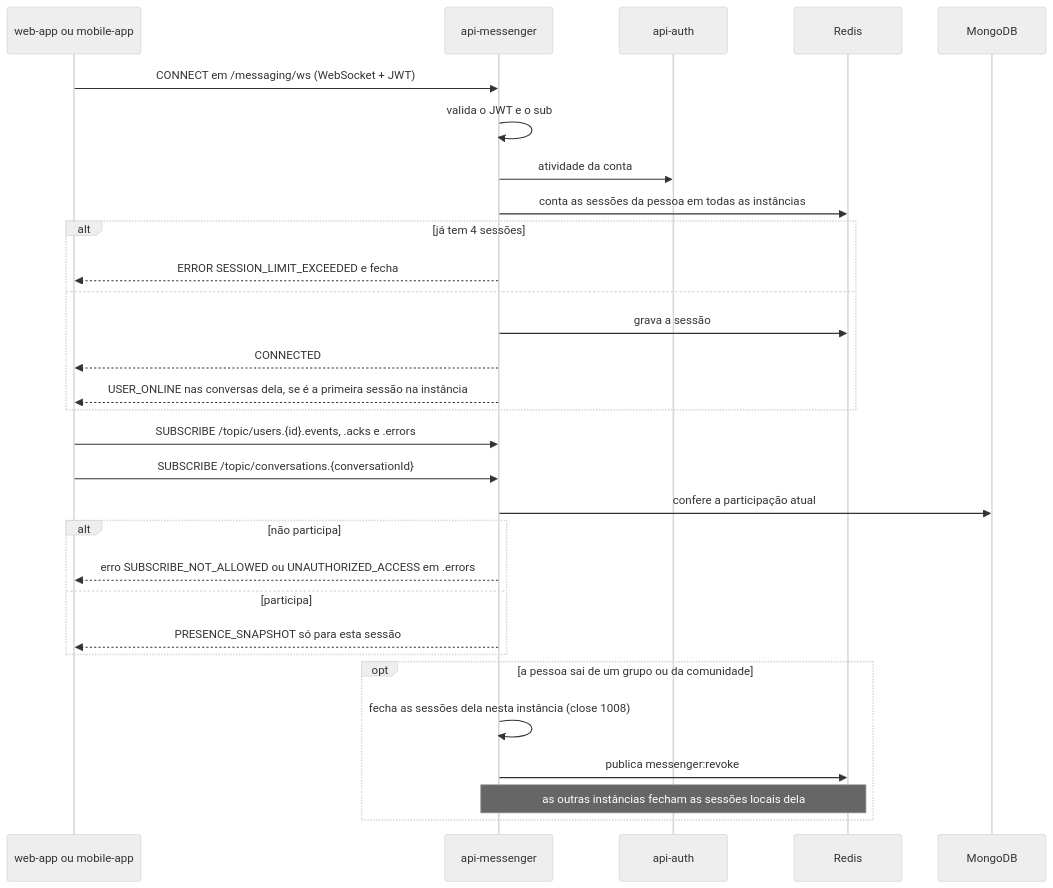
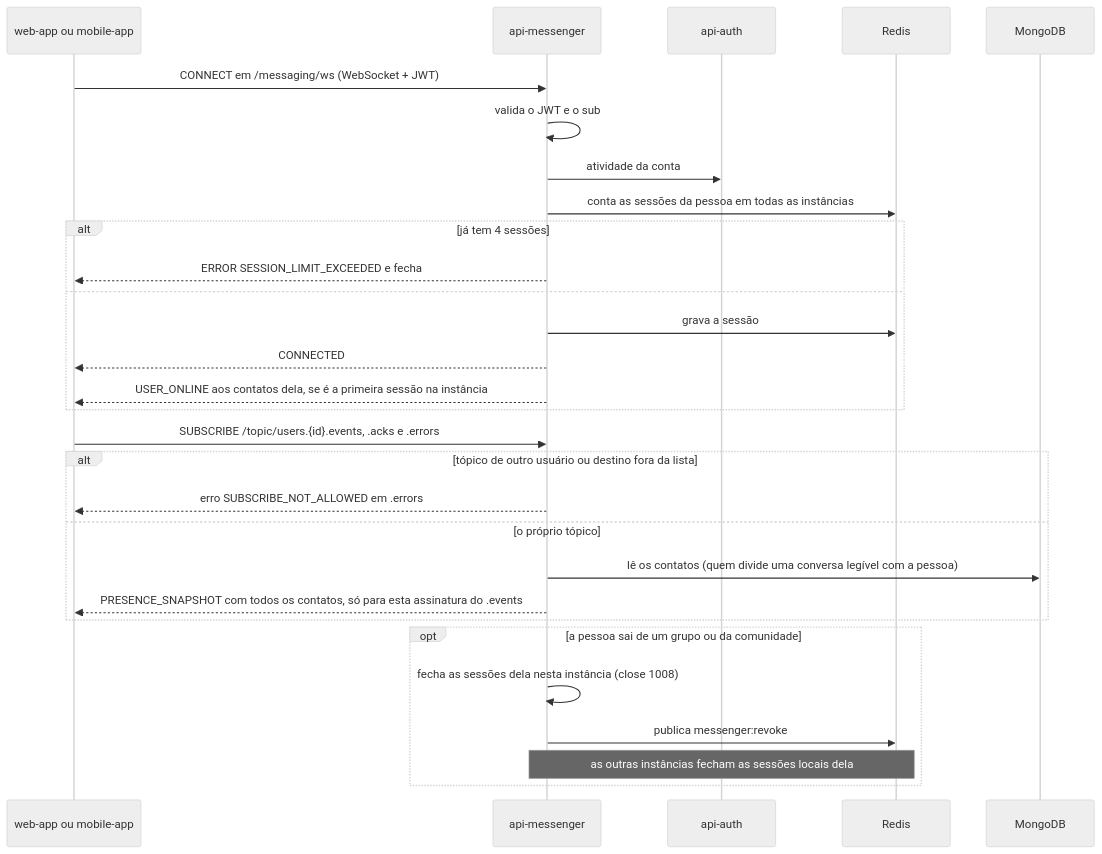
Before and after one commit to Solierrr/api-messenger: the diagram in flows/WEBSOCKET_CONNECTION.md, drawn with Mermaid (neutral theme). The commit also changed other lines of this file and 32 other files, not shown here.

First line of the commit message:
feat: send presence and typing through the user events channel (#97)

````diff
--- a/flows/WEBSOCKET_CONNECTION.md
+++ b/flows/WEBSOCKET_CONNECTION.md
@@ -9,33 +9,32 @@
 ```mermaid
 sequenceDiagram
     participant App as web-app ou mobile-app
     participant Msg as api-messenger
     participant Auth as api-auth
     participant Redis as Redis
     participant Mongo as MongoDB
 
     App->>Msg: CONNECT em /messaging/ws (WebSocket + JWT)
     Msg->>Msg: valida o JWT e o sub
     Msg->>Auth: atividade da conta
     Msg->>Redis: conta as sessões da pessoa em todas as instâncias
     alt já tem 4 sessões
         Msg-->>App: ERROR SESSION_LIMIT_EXCEEDED e fecha
     else
         Msg->>Redis: grava a sessão
         Msg-->>App: CONNECTED
-        Msg-->>App: USER_ONLINE nas conversas dela, se é a primeira sessão na instância
+        Msg-->>App: USER_ONLINE aos contatos dela, se é a primeira sessão na instância
     end
     App->>Msg: SUBSCRIBE /topic/users.{id}.events, .acks e .errors
-    App->>Msg: SUBSCRIBE /topic/conversations.{conversationId}
-    Msg->>Mongo: confere a participação atual
-    alt não participa
-        Msg-->>App: erro SUBSCRIBE_NOT_ALLOWED ou UNAUTHORIZED_ACCESS em .errors
-    else participa
-        Msg-->>App: PRESENCE_SNAPSHOT só para esta sessão
+    alt tópico de outro usuário ou destino fora da lista
+        Msg-->>App: erro SUBSCRIBE_NOT_ALLOWED em .errors
+    else o próprio tópico
+        Msg->>Mongo: lê os contatos (quem divide uma conversa legível com a pessoa)
+        Msg-->>App: PRESENCE_SNAPSHOT com todos os contatos, só para esta assinatura do .events
     end
     opt a pessoa sai de um grupo ou da comunidade
         Msg->>Msg: fecha as sessões dela nesta instância (close 1008)
         Msg->>Redis: publica messenger:revoke
         Note over Msg,Redis: as outras instâncias fecham as sessões locais dela
     end
 ```
````
